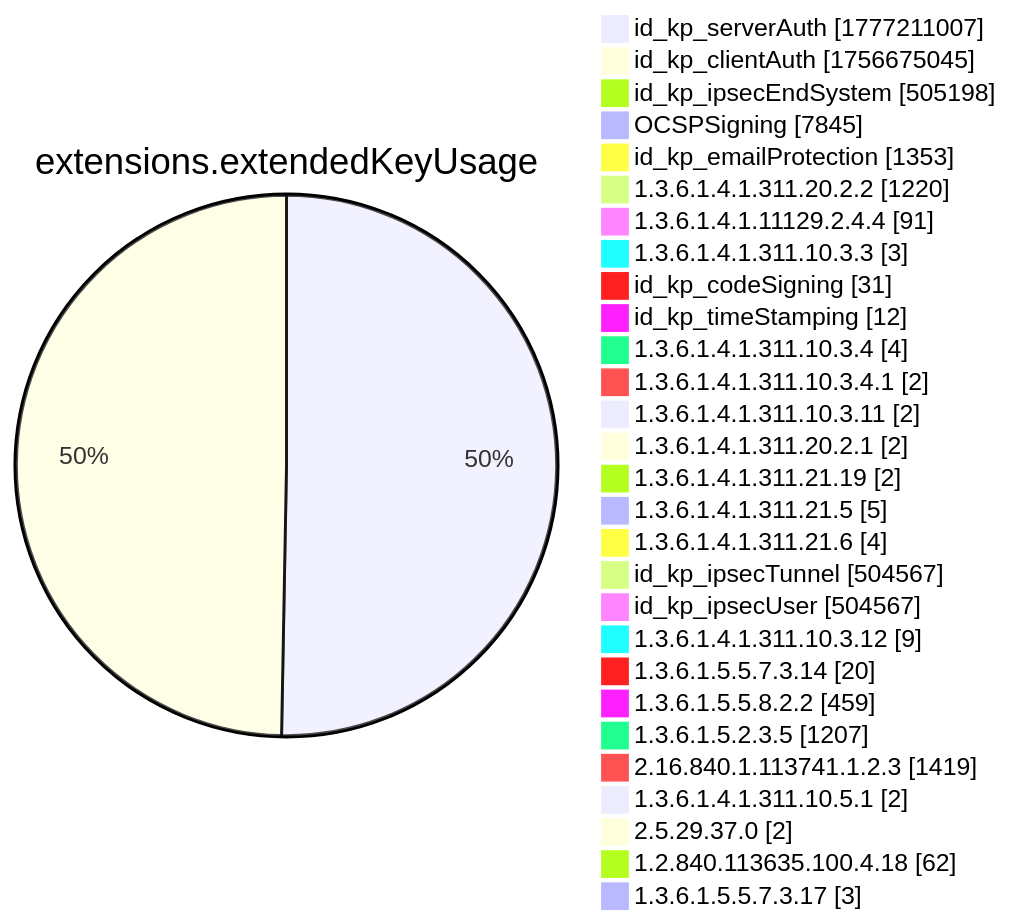
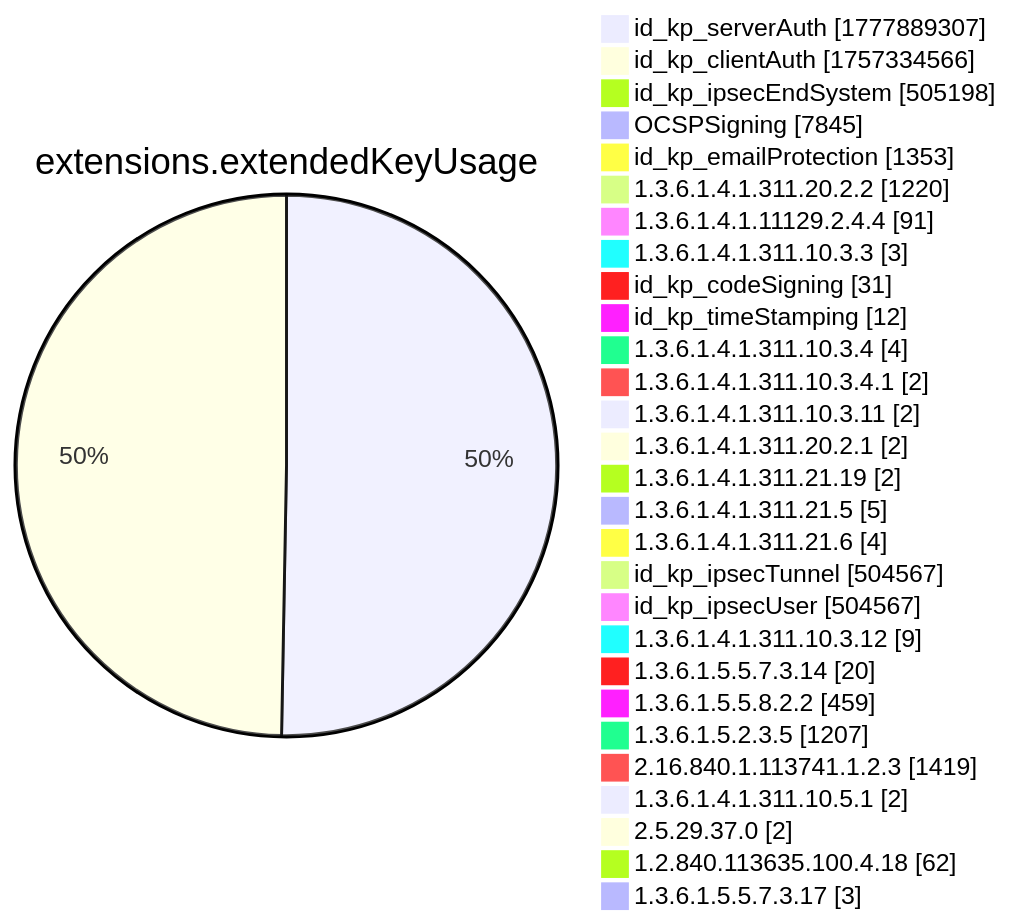
Diagram 12 of 15 in xenon2022/README.md (christiankrug/ctmonitor_visualization), drawn with Mermaid before and after one commit. The commit also changed other lines of this file, not shown here.

````diff
--- a/xenon2022/README.md
+++ b/xenon2022/README.md
@@ -3894,32 +3894,32 @@
 ```mermaid
 pie showData
 title extensions.extendedKeyUsage
-"id_kp_serverAuth" :1777211007
-"id_kp_clientAuth" :1756675045
+"id_kp_serverAuth" :1777889307
+"id_kp_clientAuth" :1757334566
 "id_kp_ipsecEndSystem" :505198
 "OCSPSigning" :7845
 "id_kp_emailProtection" :1353
 "1.3.6.1.4.1.311.20.2.2" :1220
 "1.3.6.1.4.1.11129.2.4.4" :91
 "1.3.6.1.4.1.311.10.3.3" :3
 "id_kp_codeSigning" :31
 "id_kp_timeStamping" :12
 "1.3.6.1.4.1.311.10.3.4" :4
 "1.3.6.1.4.1.311.10.3.4.1" :2
 "1.3.6.1.4.1.311.10.3.11" :2
 "1.3.6.1.4.1.311.20.2.1" :2
 "1.3.6.1.4.1.311.21.19" :2
 "1.3.6.1.4.1.311.21.5" :5
 "1.3.6.1.4.1.311.21.6" :4
 "id_kp_ipsecTunnel" :504567
 "id_kp_ipsecUser" :504567
 "1.3.6.1.4.1.311.10.3.12" :9
 "1.3.6.1.5.5.7.3.14" :20
 "1.3.6.1.5.5.8.2.2" :459
 "1.3.6.1.5.2.3.5" :1207
 "2.16.840.1.113741.1.2.3" :1419
 "1.3.6.1.4.1.311.10.5.1" :2
 "2.5.29.37.0" :2
 "1.2.840.113635.100.4.18" :62
 "1.3.6.1.5.5.7.3.17" :3
 ```
````
